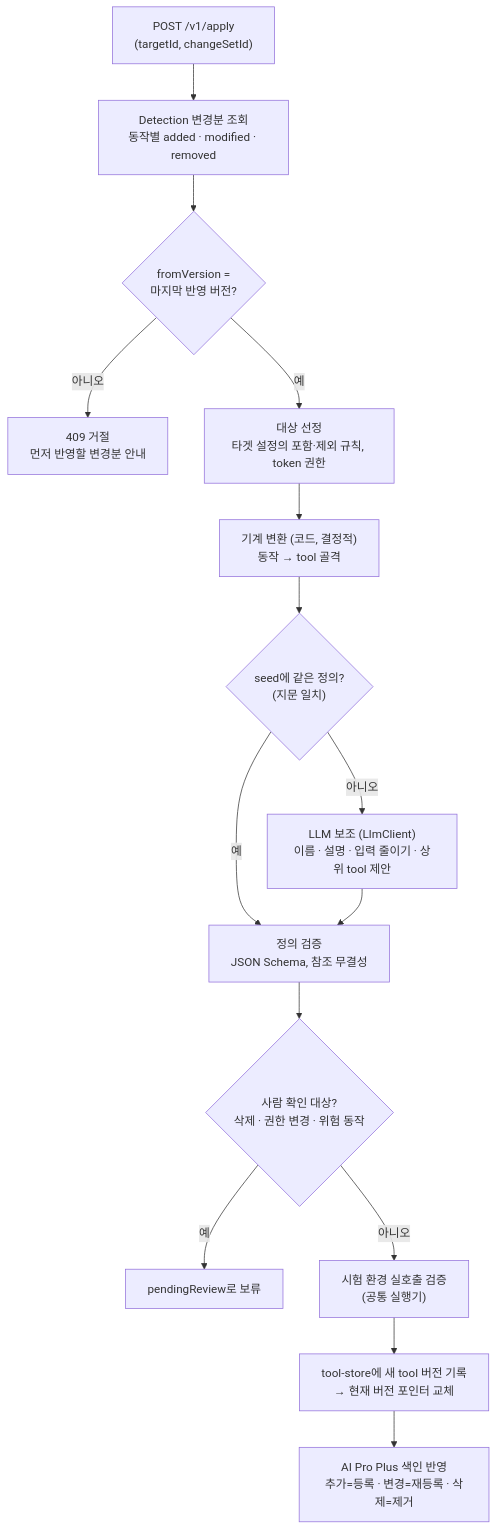
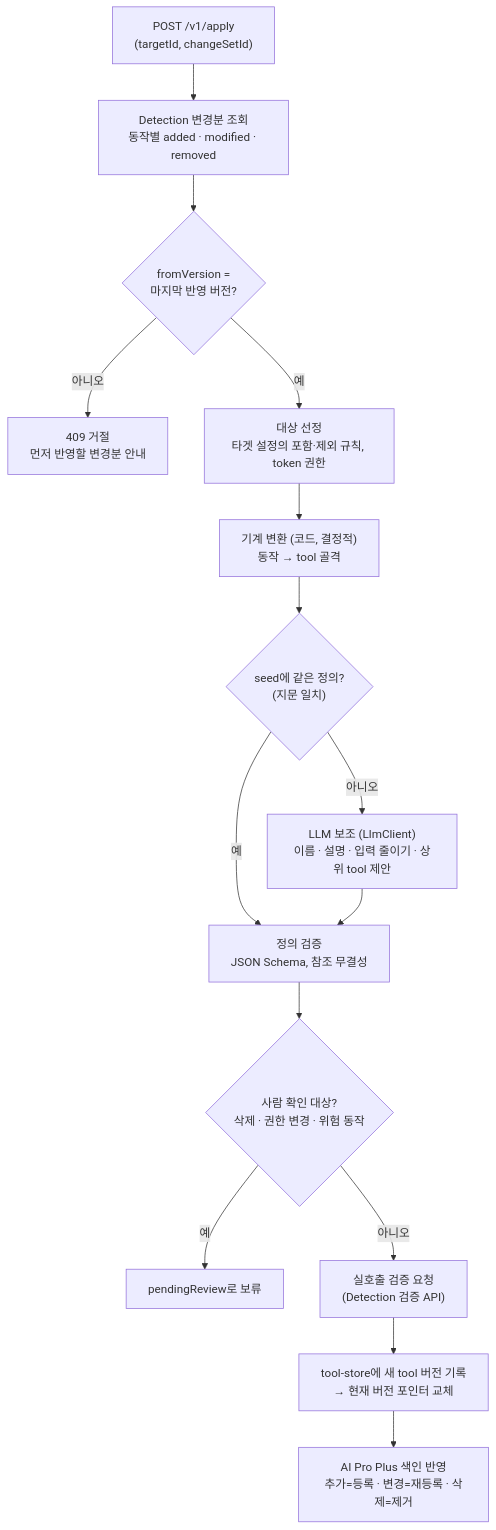
Before and after one commit to tanminkwan/agent4workfluence: the first of 3 diagrams in docs/phase2_manufacture/1_요구사항정의.md, drawn with Mermaid. The commit also changed other lines of this file and 5 other files, not shown here.

````diff
--- a/docs/phase2_manufacture/1_요구사항정의.md
+++ b/docs/phase2_manufacture/1_요구사항정의.md
@@ -35,17 +38,17 @@
 ```mermaid
 flowchart TD
     A["POST /v1/apply<br/>(targetId, changeSetId)"] --> B["Detection 변경분 조회<br/>동작별 added · modified · removed"]
     B --> C{"fromVersion =<br/>마지막 반영 버전?"}
     C -- 아니오 --> X["409 거절<br/>먼저 반영할 변경분 안내"]
     C -- 예 --> D["대상 선정<br/>타겟 설정의 포함·제외 규칙, token 권한"]
     D --> E["기계 변환 (코드, 결정적)<br/>동작 → tool 골격"]
     E --> S{"seed에 같은 정의?<br/>(지문 일치)"}
     S -- 예 --> G
     S -- 아니오 --> F["LLM 보조 (LlmClient)<br/>이름 · 설명 · 입력 줄이기 · 상위 tool 제안"]
     F --> G["정의 검증<br/>JSON Schema, 참조 무결성"]
     G --> H{"사람 확인 대상?<br/>삭제 · 권한 변경 · 위험 동작"}
     H -- 예 --> P["pendingReview로 보류"]
-    H -- 아니오 --> I["시험 환경 실호출 검증<br/>(공통 실행기)"]
+    H -- 아니오 --> I["실호출 검증 요청<br/>(Detection 검증 API)"]
     I --> J["tool-store에 새 tool 버전 기록<br/>→ 현재 버전 포인터 교체"]
     J --> K["AI Pro Plus 색인 반영<br/>추가=등록 · 변경=재등록 · 삭제=제거"]
 ```
````
